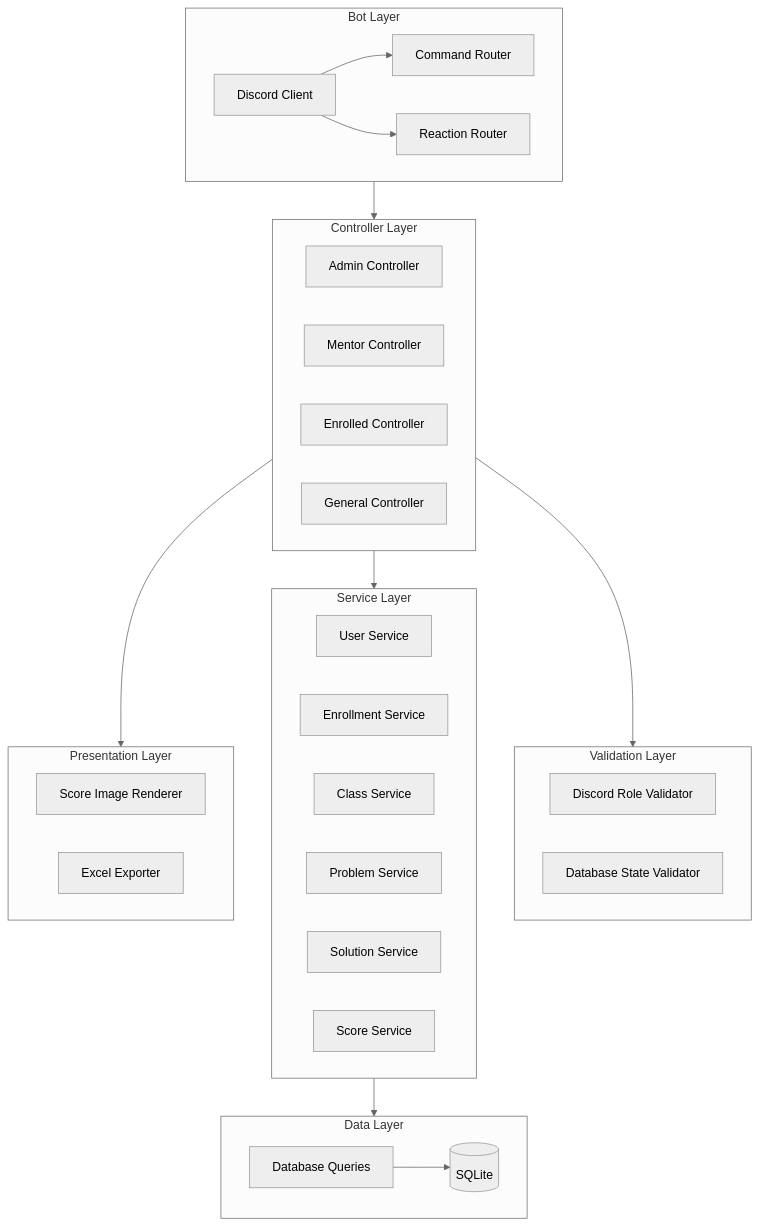
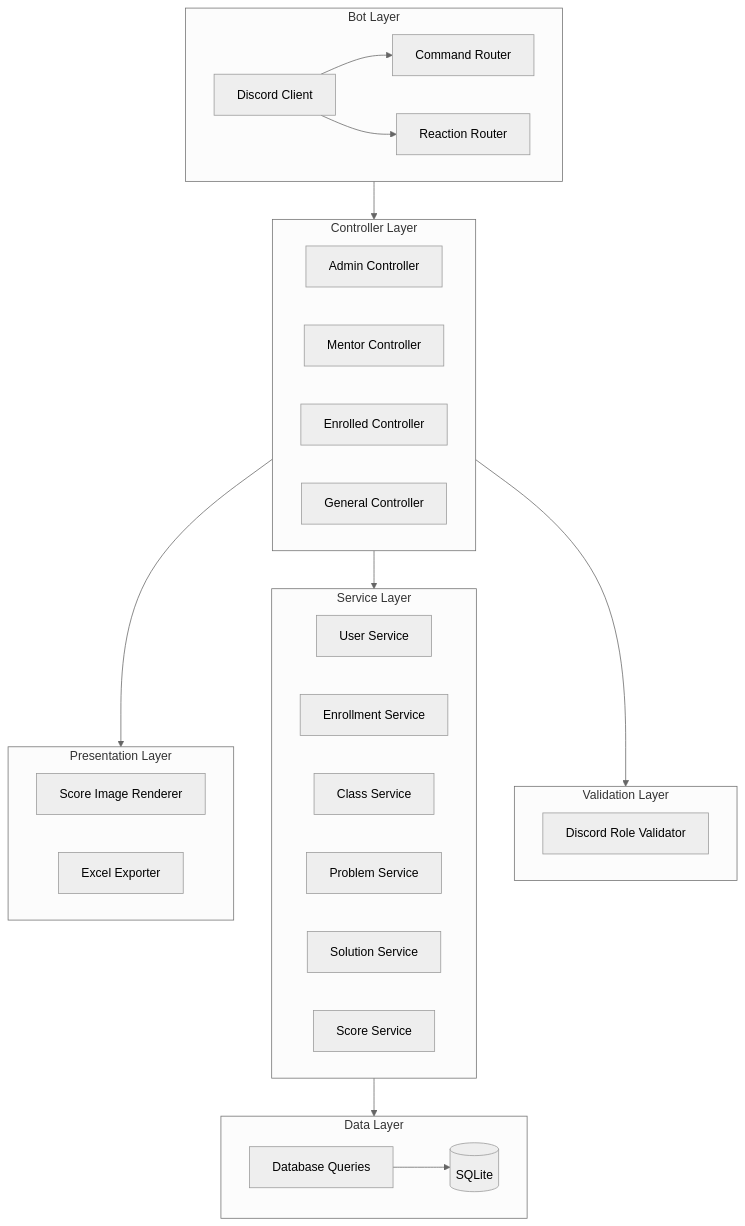
The diagram in docs/ARCHITECTURE.md (JorgeIba/Hurion), drawn with Mermaid (neutral theme) before and after one commit. The commit also changed other lines of this file and 5 other files, not shown here.

````diff
--- a/docs/ARCHITECTURE.md
+++ b/docs/ARCHITECTURE.md
@@ -26,51 +26,50 @@
 ```mermaid
 graph TB
     subgraph BotLayer["Bot Layer"]
         Discord[Discord Client]
         Commands[Command Router]
         Reactions[Reaction Router]
     end
 
     subgraph ControllerLayer["Controller Layer"]
         AdminCtrl[Admin Controller]
         MentorCtrl[Mentor Controller]
         EnrolledCtrl[Enrolled Controller]
         GeneralCtrl[General Controller]
     end
 
     subgraph ValidationLayer["Validation Layer"]
         DiscordValidator[Discord Role Validator]
-        DBValidator[Database State Validator]
     end
 
     subgraph ServiceLayer["Service Layer"]
         UserService[User Service]
         EnrollmentService[Enrollment Service]
         ClassService[Class Service]
         ProblemService[Problem Service]
         SolutionService[Solution Service]
         ScoreService[Score Service]
     end
 
     subgraph DataLayer["Data Layer"]
         Queries[Database Queries]
         DB[(SQLite)]
     end
 
     subgraph PresentationLayer["Presentation Layer"]
         ImageRenderer[Score Image Renderer]
         Excelizer[Excel Exporter]
     end
 
     %% Internal connections
     Discord --> Commands
     Discord --> Reactions
     Queries --> DB
 
     %% Flow between layers
     BotLayer --> ControllerLayer
     ControllerLayer --> ValidationLayer
     ControllerLayer --> ServiceLayer
     ControllerLayer --> PresentationLayer
     ServiceLayer --> DataLayer
 ```
````
